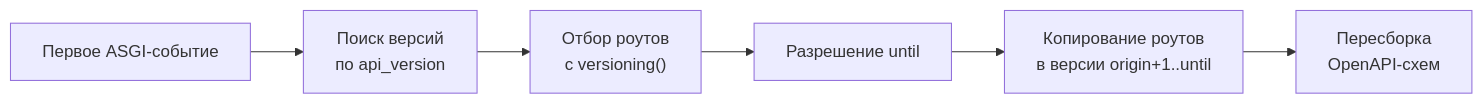
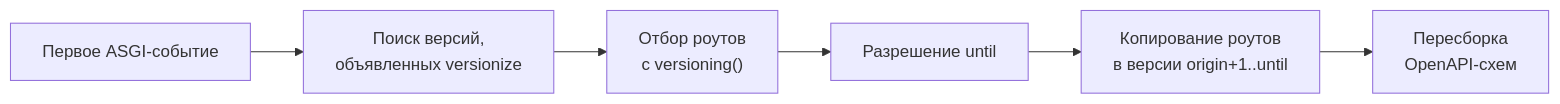
The diagram in docs/ru/guide/middleware.md (feodor-ra/fastapi-easy-versioning), drawn with Mermaid before and after one commit. The commit also changed other lines of this file and 21 other files, not shown here.

````diff
--- a/docs/ru/guide/middleware.md
+++ b/docs/ru/guide/middleware.md
@@ -90,8 +113,8 @@
 ```mermaid
 graph LR
-    A["Первое ASGI-событие"] --> B["Поиск версий<br/>по api_version"]
+    A["Первое ASGI-событие"] --> B["Поиск версий,<br/>объявленных versionize"]
     B --> C["Отбор роутов<br/>с versioning()"]
     C --> D["Разрешение until"]
     D --> E["Копирование роутов<br/>в версии origin+1..until"]
     E --> F["Пересборка<br/>OpenAPI-схем"]
 ```
````
